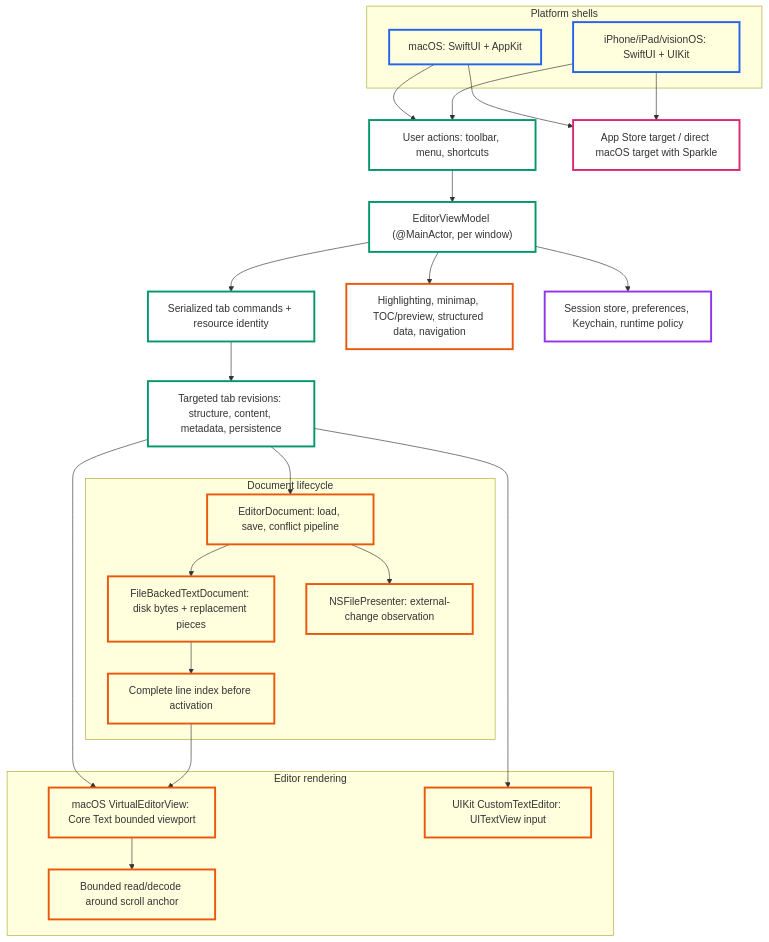
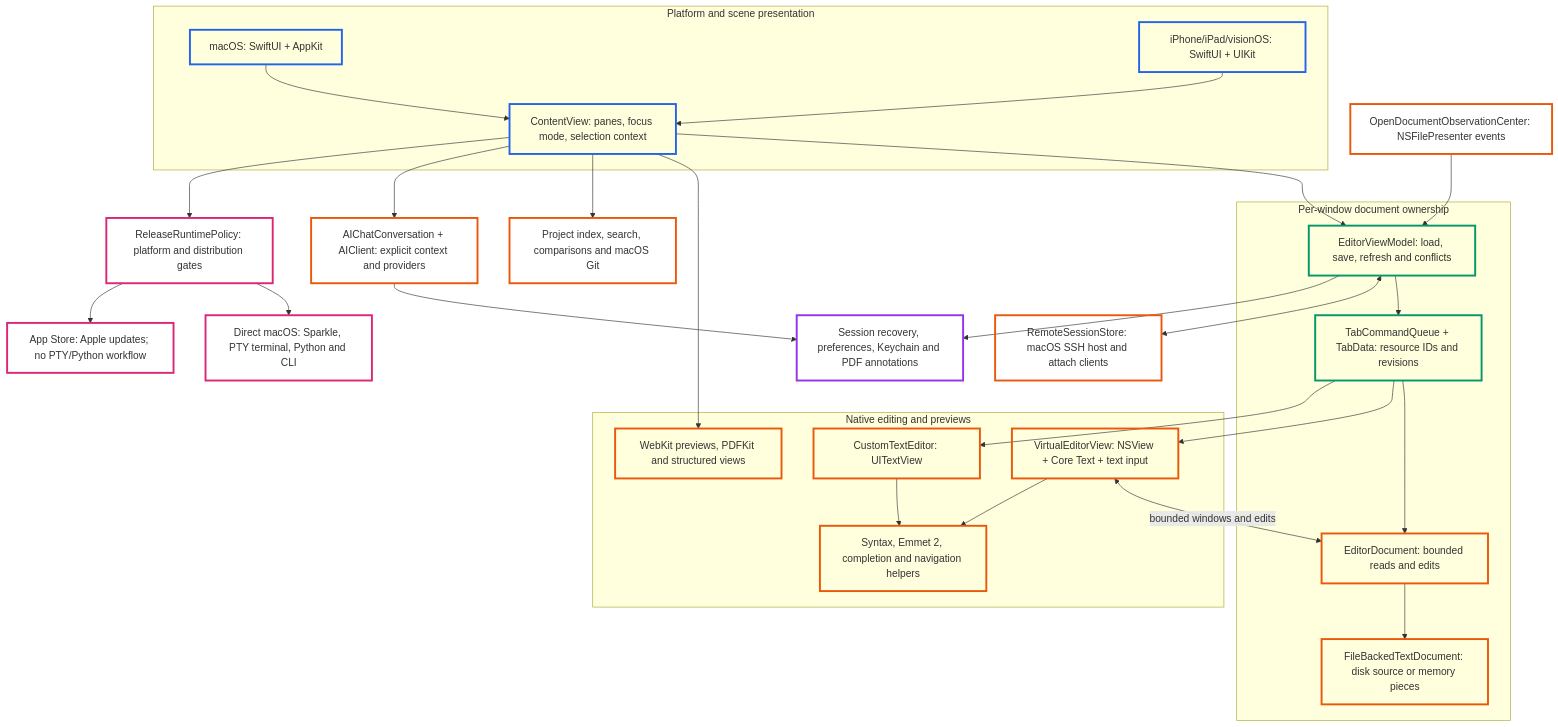
Before and after one commit to h3pdesign/Neon-Vision-Editor: the first of 2 diagrams in README.md, drawn with Mermaid. The commit also changed other lines of this file, not shown here.

Commit message:
docs: refresh README features and architecture overview

````diff
--- a/README.md
+++ b/README.md
@@ -443,54 +458,62 @@
 ```mermaid
 flowchart TB
-  subgraph PLATFORM[Platform shells]
+  subgraph PLATFORM[Platform and scene presentation]
     MAC["macOS: SwiftUI + AppKit"]
     TOUCH["iPhone/iPad/visionOS: SwiftUI + UIKit"]
+    SCENE["ContentView: panes, focus mode, selection context"]
   end
 
-  ACTIONS["User actions: toolbar, menu, shortcuts"]
-  VM["EditorViewModel (@MainActor, per window)"]
-  COMMANDS["Serialized tab commands + resource identity"]
-  REVISIONS["Targeted tab revisions: structure, content, metadata, persistence"]
-
-  subgraph DOCUMENTS[Document lifecycle]
-    DOC["EditorDocument: load, save, conflict pipeline"]
-    FBD["FileBackedTextDocument: disk bytes + replacement pieces"]
-    INDEX["Complete line index before activation"]
-    OBS["NSFilePresenter: external-change observation"]
+  subgraph DOCUMENTS[Per-window document ownership]
+    VM["EditorViewModel: load, save, refresh and conflicts"]
+    TABS["TabCommandQueue + TabData: resource IDs and revisions"]
+    DOC["EditorDocument: bounded reads and edits"]
+    STORAGE["FileBackedTextDocument: disk source or memory pieces"]
   end
 
-  subgraph RENDERING[Editor rendering]
-    MACVIEW["macOS VirtualEditorView: Core Text bounded viewport"]
-    VIEWPORT["Bounded read/decode around scroll anchor"]
-    UIKITTEXT["UIKit CustomTextEditor: UITextView input"]
+  subgraph RENDERING[Native editing and previews]
+    MACVIEW["VirtualEditorView: NSView + Core Text + text input"]
+    UIKITTEXT["CustomTextEditor: UITextView"]
+    EDITING["Syntax, Emmet 2, completion and navigation helpers"]
+    PREVIEW["WebKit previews, PDFKit and structured views"]
   end
 
-  SERVICES["Highlighting, minimap, TOC/preview, structured data, navigation"]
-  INFRA["Session store, preferences, Keychain, runtime policy"]
-  DIST["App Store target / direct macOS target with Sparkle"]
+  OBS["OpenDocumentObservationCenter: NSFilePresenter events"]
+  PROJECT["Project index, search, comparisons and macOS Git"]
+  AI["AIChatConversation + AIClient: explicit context and providers"]
+  REMOTE["RemoteSessionStore: macOS SSH host and attach clients"]
+  INFRA["Session recovery, preferences, Keychain and PDF annotations"]
+  POLICY["ReleaseRuntimePolicy: platform and distribution gates"]
+  DIRECT["Direct macOS: Sparkle, PTY terminal, Python and CLI"]
+  STORE["App Store: Apple updates; no PTY/Python workflow"]
 
-  MAC --> ACTIONS
-  TOUCH --> ACTIONS
-  ACTIONS --> VM --> COMMANDS --> REVISIONS
-  REVISIONS --> DOC
-  REVISIONS --> MACVIEW
-  REVISIONS --> UIKITTEXT
-  DOC --> FBD --> INDEX --> MACVIEW --> VIEWPORT
-  DOC --> OBS
-  VM --> SERVICES
+  MAC --> SCENE
+  TOUCH --> SCENE
+  SCENE --> VM --> TABS --> DOC --> STORAGE
+  OBS --> VM
+  TABS --> MACVIEW
+  TABS --> UIKITTEXT
+  MACVIEW <-->|bounded windows and edits| DOC
+  MACVIEW --> EDITING
+  UIKITTEXT --> EDITING
+  SCENE --> PREVIEW
+  SCENE --> PROJECT
+  SCENE --> AI
+  VM <--> REMOTE
   VM --> INFRA
-  MAC --> DIST
-  TOUCH --> DIST
+  AI --> INFRA
+  SCENE --> POLICY
+  POLICY --> DIRECT
+  POLICY --> STORE
 
   classDef platform stroke:#2563EB,stroke-width:3px,fill:transparent;
   classDef app stroke:#059669,stroke-width:3px,fill:transparent;
   classDef core stroke:#EA580C,stroke-width:3px,fill:transparent;
   classDef infra stroke:#9333EA,stroke-width:3px,fill:transparent;
   classDef distribution stroke:#DB2777,stroke-width:3px,fill:transparent;
 
-  class MAC,TOUCH platform;
-  class ACTIONS,VM,COMMANDS,REVISIONS app;
-  class DOC,FBD,INDEX,OBS,MACVIEW,VIEWPORT,UIKITTEXT,SERVICES core;
+  class MAC,TOUCH,SCENE platform;
+  class VM,TABS app;
+  class DOC,STORAGE,OBS,MACVIEW,UIKITTEXT,EDITING,PREVIEW,PROJECT,AI,REMOTE core;
   class INFRA infra;
-  class DIST distribution;
+  class POLICY,DIRECT,STORE distribution;
 ```
````
